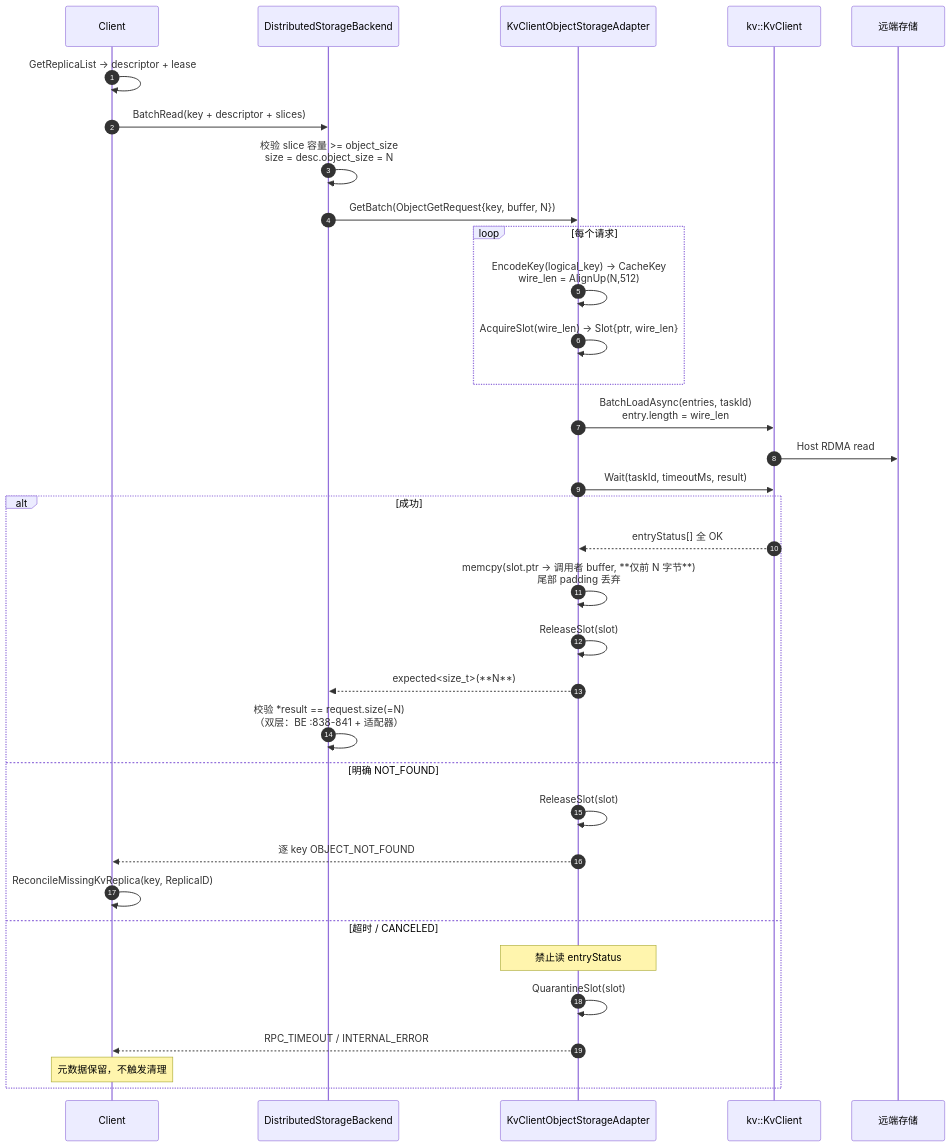
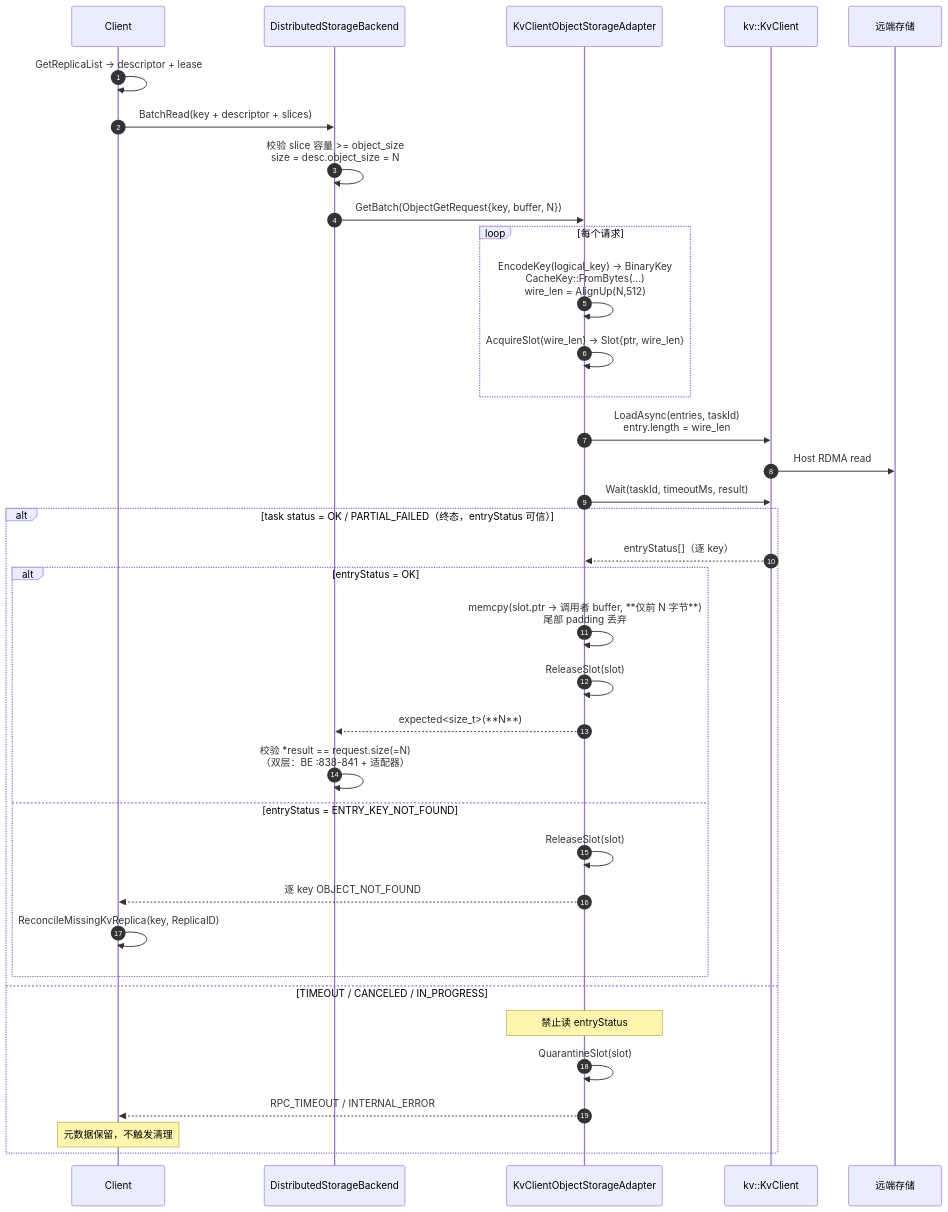
Before and after one commit to zwj20000328-dotcom/Mooncake-documents: the tenth of 13 diagrams in Mooncake + KVClient L3 接入（Kvcs）- v3.md, drawn with Mermaid. The commit also changed other lines of this file, not shown here.

First line of the commit message:
docs: align KvClient L3 design with SDK string-key/namespace API (v3.1)

````diff
--- a/Mooncake + KVClient L3 接入（Kvcs）- v3.md
+++ b/Mooncake + KVClient L3 接入（Kvcs）- v3.md
@@ -654,37 +675,39 @@
 ```mermaid
 sequenceDiagram
     autonumber
     participant C as Client
     participant BE as DistributedStorageBackend
     participant AD as KvClientObjectStorageAdapter
     participant SDK as kv::KvClient
     participant S as 远端存储
 
     C->>C: GetReplicaList → descriptor + lease
     C->>BE: BatchRead(key + descriptor + slices)
     BE->>BE: 校验 slice 容量 >= object_size<br/>size = desc.object_size = N
     BE->>AD: GetBatch(ObjectGetRequest{key, buffer, N})
     loop 每个请求
-        AD->>AD: EncodeKey(logical_key) → CacheKey<br/>wire_len = AlignUp(N,512)
+        AD->>AD: EncodeKey(logical_key) → BinaryKey<br/>CacheKey::FromBytes(...)<br/>wire_len = AlignUp(N,512)
         AD->>AD: AcquireSlot(wire_len) → Slot{ptr, wire_len}
     end
-    AD->>SDK: BatchLoadAsync(entries, taskId)<br/>entry.length = wire_len
+    AD->>SDK: LoadAsync(entries, taskId)<br/>entry.length = wire_len
     SDK->>S: Host RDMA read
     AD->>SDK: Wait(taskId, timeoutMs, result)
-    alt 成功
-        SDK-->>AD: entryStatus[] 全 OK
-        AD->>AD: memcpy(slot.ptr → 调用者 buffer, **仅前 N 字节**)<br/>尾部 padding 丢弃
-        AD->>AD: ReleaseSlot(slot)
-        AD-->>BE: expected<size_t>(**N**)
-        BE->>BE: 校验 *result == request.size(=N)<br/>（双层：BE :838-841 + 适配器）
-    else 明确 NOT_FOUND
-        AD->>AD: ReleaseSlot(slot)
-        AD-->>C: 逐 key OBJECT_NOT_FOUND
-        C->>C: ReconcileMissingKvReplica(key, ReplicaID)
-    else 超时 / CANCELED
+    alt task status = OK / PARTIAL_FAILED（终态，entryStatus 可信）
+        SDK-->>AD: entryStatus[]（逐 key）
+        alt entryStatus = OK
+            AD->>AD: memcpy(slot.ptr → 调用者 buffer, **仅前 N 字节**)<br/>尾部 padding 丢弃
+            AD->>AD: ReleaseSlot(slot)
+            AD-->>BE: expected<size_t>(**N**)
+            BE->>BE: 校验 *result == request.size(=N)<br/>（双层：BE :838-841 + 适配器）
+        else entryStatus = ENTRY_KEY_NOT_FOUND
+            AD->>AD: ReleaseSlot(slot)
+            AD-->>C: 逐 key OBJECT_NOT_FOUND
+            C->>C: ReconcileMissingKvReplica(key, ReplicaID)
+        end
+    else TIMEOUT / CANCELED / IN_PROGRESS
         Note over AD: 禁止读 entryStatus
         AD->>AD: QuarantineSlot(slot)
         AD-->>C: RPC_TIMEOUT / INTERNAL_ERROR
         Note over C: 元数据保留，不触发清理
     end
 ```
````
